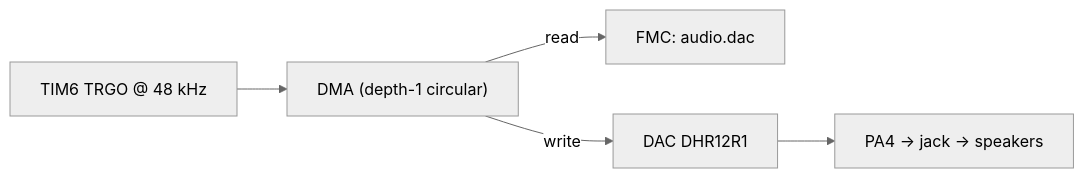
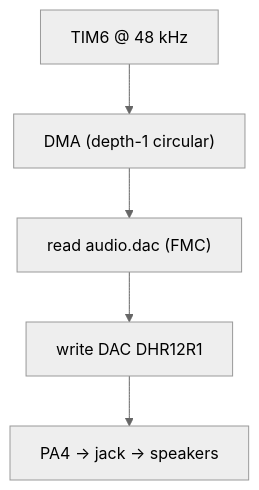
One commit to akielaries/signalmesh changed the fifth of 6 diagrams in docs/acm-synth-architecture.md. Above: the diagram before and after it, drawn with Mermaid (neutral theme). The commit also changed other lines of this file and 17 other files, not shown here.

````diff
--- a/docs/acm-synth-architecture.md
+++ b/docs/acm-synth-architecture.md
@@ -178,7 +130,7 @@
 ```mermaid
-flowchart LR
-    TIM["TIM6 TRGO @ 48 kHz"] --> DMA["DMA (depth-1 circular)"]
-    DMA -->|"read"| DREG["FMC: audio.dac"]
-    DMA -->|"write"| DHR["DAC DHR12R1"]
+flowchart TD
+    TIM["TIM6 @ 48 kHz"] --> DMA["DMA (depth-1 circular)"]
+    DMA --> RD["read audio.dac (FMC)"]
+    RD --> DHR["write DAC DHR12R1"]
     DHR --> PA4["PA4 -> jack -> speakers"]
 ```
````
